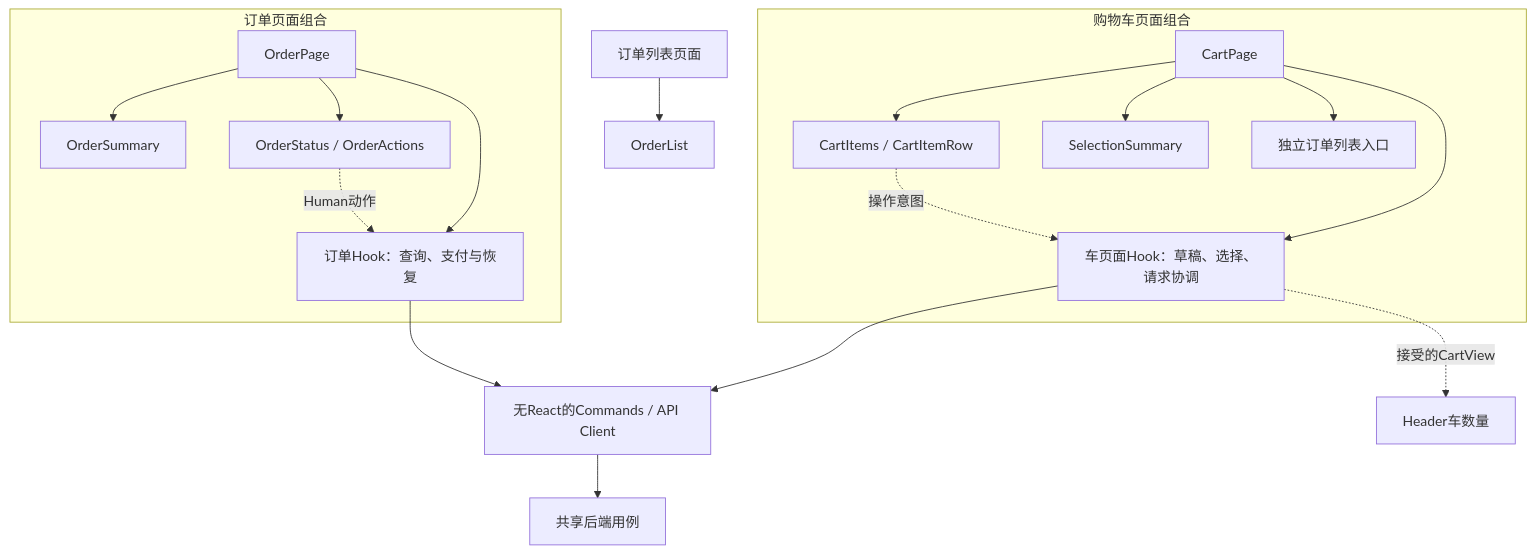
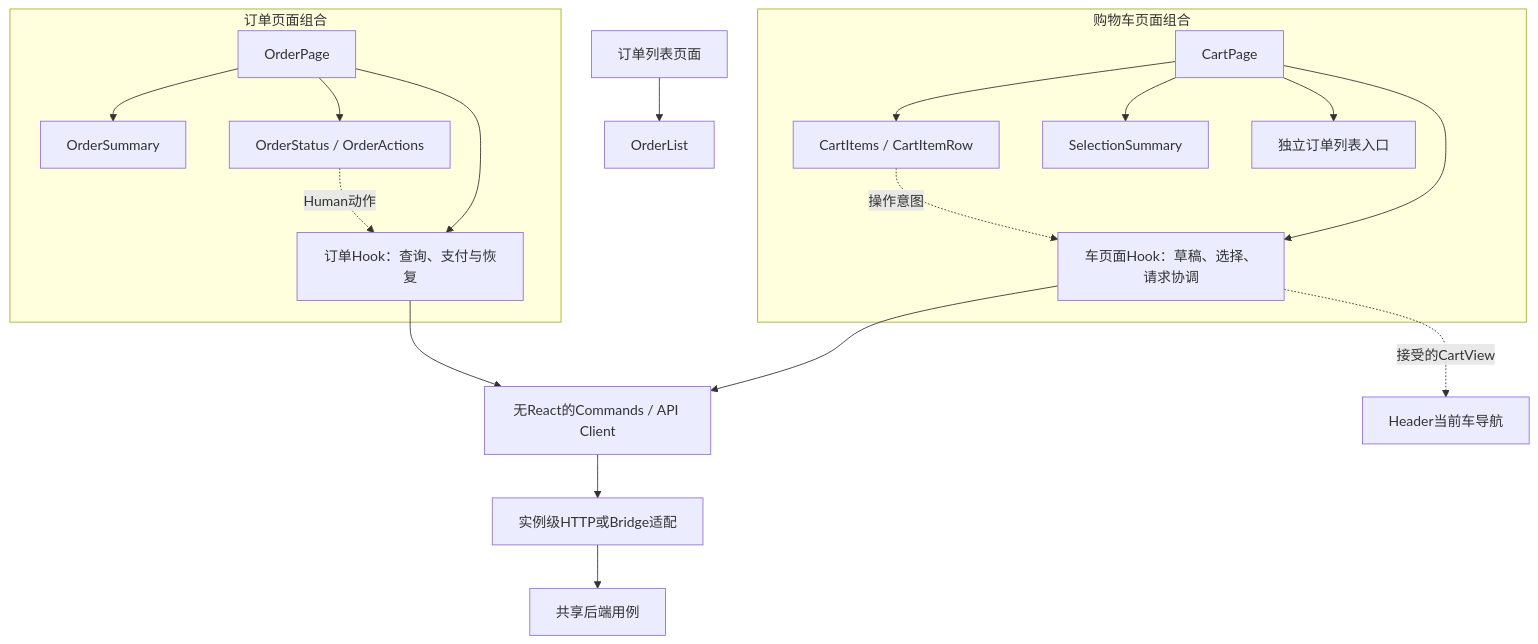
Before and after one commit to linshuohao/agent-ready-store: the seventh of 14 diagrams in docs/engineering/TECHNICAL_DESIGN.md, drawn with Mermaid. The commit also changed other lines of this file and 94 other files, not shown here.

````diff
--- a/docs/engineering/TECHNICAL_DESIGN.md
+++ b/docs/engineering/TECHNICAL_DESIGN.md
@@ -301,21 +308,22 @@
 ```mermaid
 flowchart TB
     subgraph CartUI[购物车页面组合]
         CP[CartPage] --> Rows[CartItems / CartItemRow]
         CP --> Selection[SelectionSummary]
         CP --> OrdersLink[独立订单列表入口]
         CP --> CH[车页面Hook：草稿、选择、请求协调]
     end
     OrdersPage[订单列表页面] --> Orders[OrderList]
     subgraph OrderUI[订单页面组合]
         OP[OrderPage] --> Summary[OrderSummary]
         OP --> Actions[OrderStatus / OrderActions]
         OP --> OH[订单Hook：查询、支付与恢复]
     end
     CH --> Cmd[无React的Commands / API Client]
     OH --> Cmd
-    Cmd --> API[共享后端用例]
-    CH -. 接受的CartView .-> Header[Header车数量]
+    Cmd --> Transport[实例级HTTP或Bridge适配]
+    Transport --> API[共享后端用例]
+    CH -. 接受的CartView .-> Header[Header当前车导航]
     Rows -. 操作意图 .-> CH
     Actions -. Human动作 .-> OH
 ```
````
